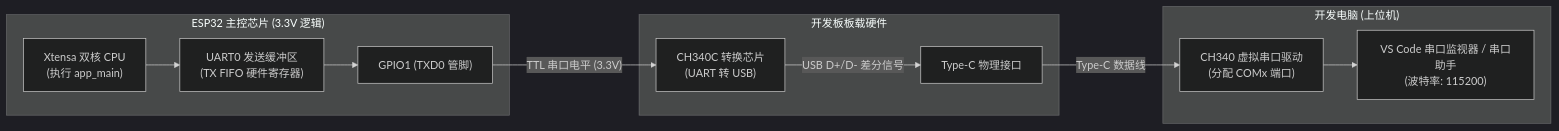
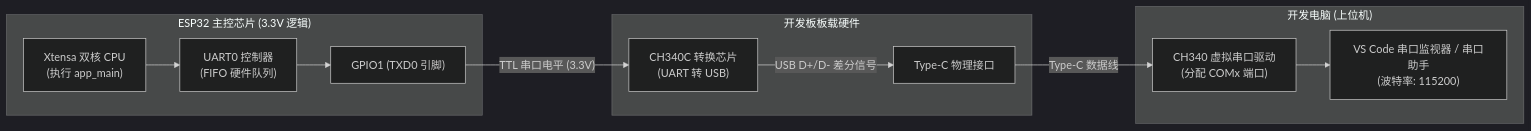
Before and after one commit to CalvinQiang/esp32-starter-journey: the first of 3 diagrams in book/01_串口通信与HelloWorld深度解析.md, drawn with Mermaid (dark theme). The commit also changed other lines of this file, not shown here.

Commit message:
docs: expand chapter 1 to masterclass depth with boot flow, memory layout, and FreeRTOS internals

````diff
--- a/book/01_串口通信与HelloWorld深度解析.md
+++ b/book/01_串口通信与HelloWorld深度解析.md
@@ -23,17 +37,17 @@
 ```mermaid
 flowchart LR
     subgraph ESP32 ["ESP32 主控芯片 (3.3V 逻辑)"]
-        CPU["Xtensa 双核 CPU\n(执行 app_main)"] --> FIFO["UART0 发送缓冲区\n(TX FIFO 硬件寄存器)"]
-        FIFO --> PinTX["GPIO1 (TXD0 管脚)"]
+        CPU["Xtensa 双核 CPU\n(执行 app_main)"] --> Reg["UART0 控制器\n(FIFO 硬件队列)"]
+        Reg --> PinTX["GPIO1 (TXD0 引脚)"]
     end
 
     subgraph Board ["开发板板载硬件"]
         PinTX -- "TTL 串口电平 (3.3V)" --> CH340C["CH340C 转换芯片\n(UART 转 USB)"]
         CH340C -- "USB D+/D- 差分信号" --> TypeC["Type-C 物理接口"]
     end
 
     subgraph PC ["开发电脑 (上位机)"]
         TypeC -- "Type-C 数据线" --> Driver["CH340 虚拟串口驱动\n(分配 COMx 端口)"]
         Driver --> Monitor["VS Code 串口监视器 / 串口助手\n(波特率: 115200)"]
     end
 ```
````
